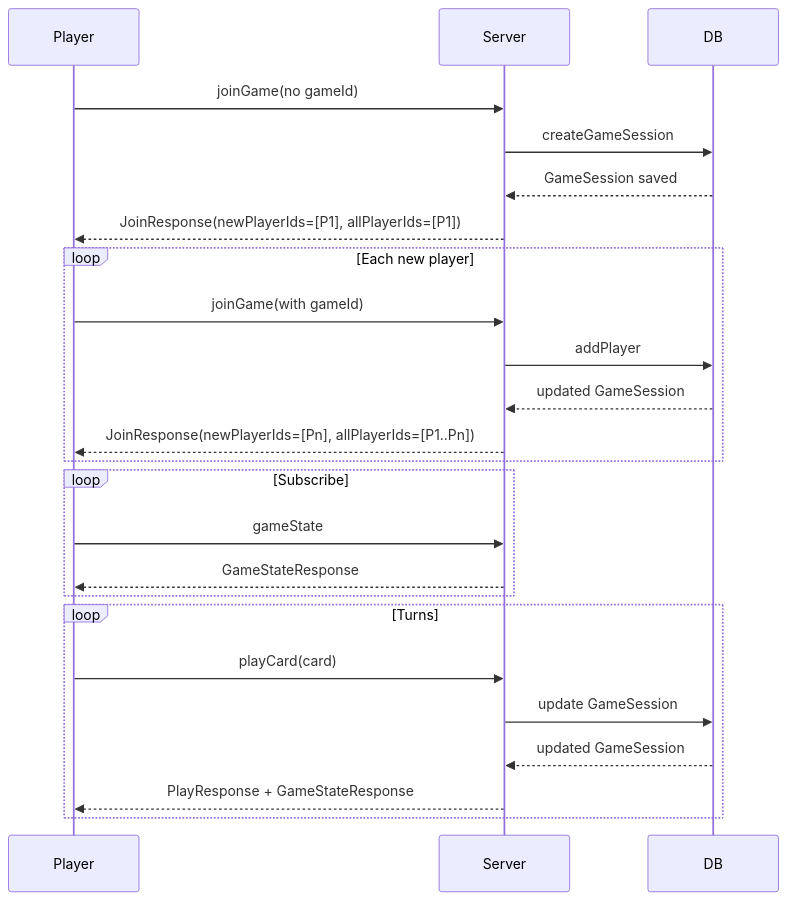
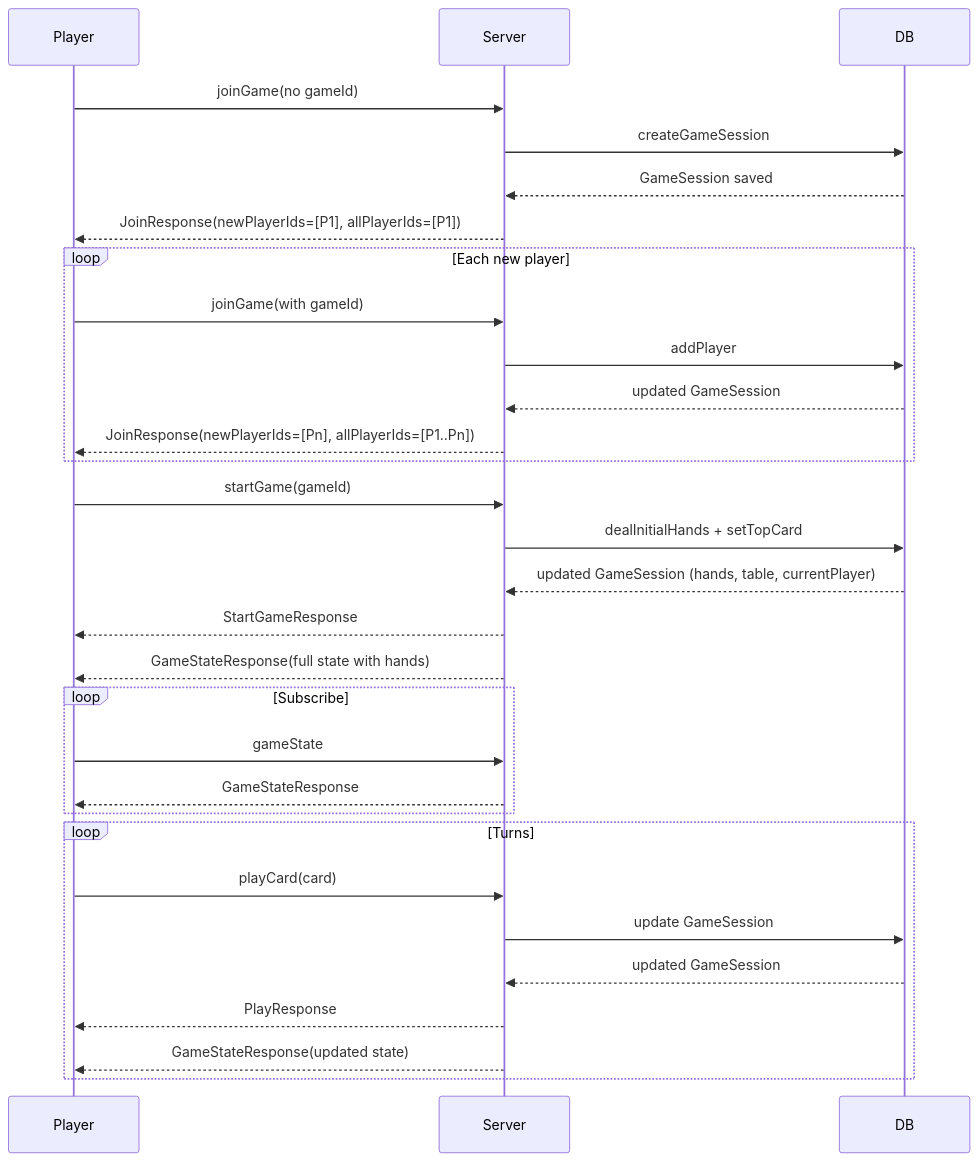
One commit to YashzAlphaGeek/FluxRPC changed the third of 3 diagrams in uno-rpc/uno-backend/README.md. Above: the diagram before and after it, drawn with Mermaid. The commit also changed other lines of this file, not shown here.

````diff
--- a/uno-rpc/uno-backend/README.md
+++ b/uno-rpc/uno-backend/README.md
@@ -115,34 +125,42 @@
 ```mermaid
 sequenceDiagram
     participant Player
     participant Server
     participant DB
 
     %% First player creates a game
     Player->>Server: joinGame(no gameId)
     Server->>DB: createGameSession
     DB-->>Server: GameSession saved
     Server-->>Player: JoinResponse(newPlayerIds=[P1], allPlayerIds=[P1])
 
     %% Subsequent players join
     loop Each new player
         Player->>Server: joinGame(with gameId)
         Server->>DB: addPlayer
         DB-->>Server: updated GameSession
         Server-->>Player: JoinResponse(newPlayerIds=[Pn], allPlayerIds=[P1..Pn])
     end
 
-    %% Game state
+    %% Start game (deal hands, table card, current player)
+    Player->>Server: startGame(gameId)
+    Server->>DB: dealInitialHands + setTopCard
+    DB-->>Server: updated GameSession (hands, table, currentPlayer)
+    Server-->>Player: StartGameResponse
+    Server-->>Player: GameStateResponse(full state with hands)
+
+    %% Game state subscription
     loop Subscribe
         Player->>Server: gameState
         Server-->>Player: GameStateResponse
     end
 
     %% Play cards
     loop Turns
         Player->>Server: playCard(card)
         Server->>DB: update GameSession
         DB-->>Server: updated GameSession
-        Server-->>Player: PlayResponse + GameStateResponse
+        Server-->>Player: PlayResponse
+        Server-->>Player: GameStateResponse(updated state)
     end
 ```
````
